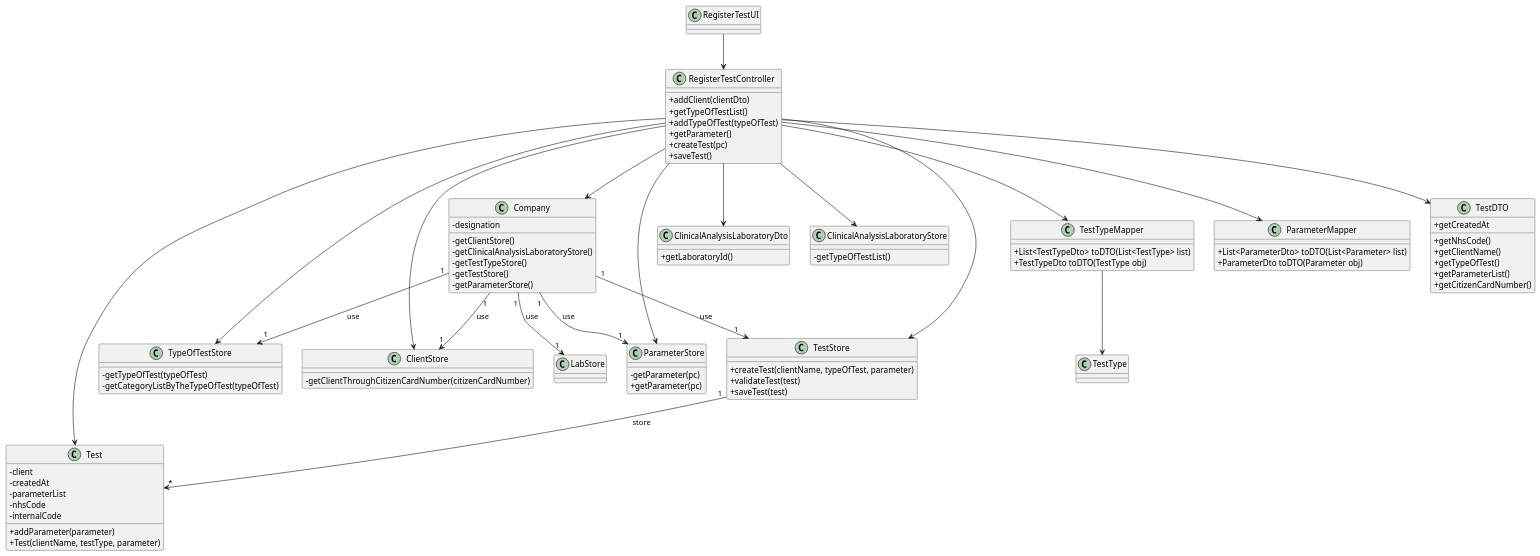
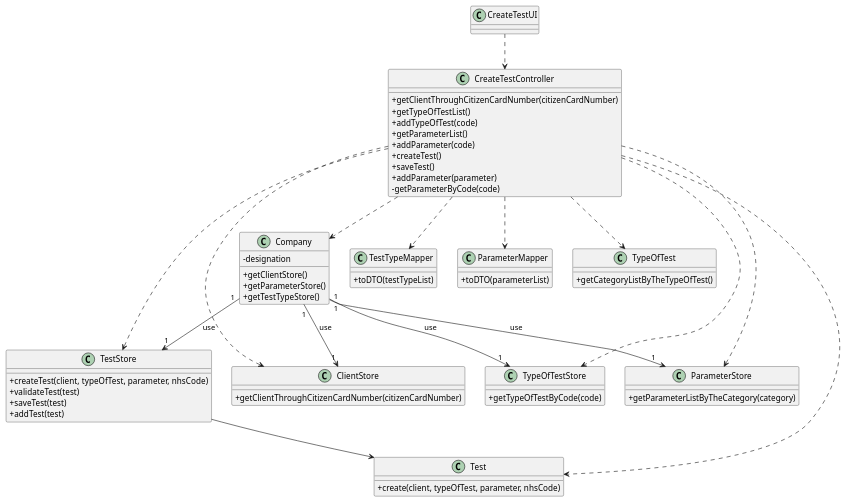
Before and after one commit to GuilhermeCunha79/lapr2: the diagram in docs/SprintC/US4/UC4_CD.puml, drawn with PlantUML. The commit also changed 5 other files, not shown here.

```diff
--- a/docs/SprintC/US4/UC4_CD.puml
+++ b/docs/SprintC/US4/UC4_CD.puml
@@ -1,124 +1,93 @@
 @startuml
 skinparam classAttributeIconSize 0
 
 
-class RegisterTestUI {
-}
-
-
-class Test {
-- client
-- createdAt
-- parameterList
-- nhsCode
-- internalCode
-+ addParameter(parameter)
-+ Test(clientName, testType, parameter)
-}
-
-
-class ParameterStore {
-- getParameter(pc)
- }
-
-
-class TypeOfTestStore {
-- getTypeOfTest(typeOfTest)
-- getCategoryListByTheTypeOfTest(typeOfTest)
+class CreateTestUI {
 }
 
 
 class ClientStore {
-- getClientThroughCitizenCardNumber(citizenCardNumber)
++ getClientThroughCitizenCardNumber(citizenCardNumber)
 }
 
 
 class Company {
 - designation
-- getClientStore()
-- getClinicalAnalysisLaboratoryStore()
-- getTestTypeStore()
-- getTestStore()
-- getParameterStore()
-}
-
-class ClinicalAnalysisLaboratoryDto {
-+ getLaboratoryId()
++ getClientStore()
++ getParameterStore()
++ getTestTypeStore()
 }
 
 
-class ClinicalAnalysisLaboratoryStore {
-- getTypeOfTestList()
-}
 
-
-class RegisterTestController {
-  + addClient(clientDto)
+class CreateTestController {
+  + getClientThroughCitizenCardNumber(citizenCardNumber)
   + getTypeOfTestList()
-  + addTypeOfTest(typeOfTest)
-  + getParameter()
-  + createTest(pc)
+  + addTypeOfTest(code)
+  + getParameterList()
+  + addParameter(code)
+  + createTest()
   + saveTest()
+  + addParameter(parameter)
+  - getParameterByCode(code)
 }
 
 
 class TestStore {
-    + createTest(clientName, typeOfTest, parameter)
+    + createTest(client, typeOfTest, parameter, nhsCode)
     + validateTest(test)
     + saveTest(test)
+    + addTest(test)
 }
 
 class TestTypeMapper {
-  + List<TestTypeDto> toDTO(List<TestType> list)
-  + TestTypeDto toDTO(TestType obj)
+    +toDTO(testTypeList)
 }
 
 class ParameterMapper {
-  + List<ParameterDto> toDTO(List<Parameter> list)
-  + ParameterDto toDTO(Parameter obj)
+  +toDTO(parameterList)
+}
+
+
+class TypeOfTest {
+  + getCategoryListByTheTypeOfTest()
+}
+
+class TypeOfTestStore {
+  + getTypeOfTestByCode(code)
 }
 
 
 class ParameterStore {
- + getParameter(pc)
+  + getParameterListByTheCategory(category)
+}
+
+class Test {
+  + create(client, typeOfTest, parameter, nhsCode)
 }
 
 
-class TestDTO {
- + getNhsCode()
- + getClientName()
- + getTypeOfTest()
- + getParameterList()
- + getCreatedAt
- + getCitizenCardNumber()
-}
 
-RegisterTestUI --> RegisterTestController
-RegisterTestController --> Company
+CreateTestUI ..> CreateTestController
 
-RegisterTestController --> ClientStore
-RegisterTestController --> Test
-RegisterTestController --> ParameterMapper
-RegisterTestController --> TestTypeMapper
-RegisterTestController --> ClinicalAnalysisLaboratoryStore
-RegisterTestController --> TestStore
-RegisterTestController --> TypeOfTestStore
-RegisterTestController --> TestDTO
-RegisterTestController --> ParameterStore
-RegisterTestController --> ClinicalAnalysisLaboratoryDto
+CreateTestController ..> Company
 
-TestTypeMapper --> TestType
-TestStore"1" --> "*"Test : store
-
-
-Company "1" --> "1" LabStore : use
-Company "1" --> "1" ParameterStore : use
+Company "1" --> "1" TestStore : use
 Company "1" --> "1" ClientStore : use
 Company "1" --> "1" TypeOfTestStore : use
-Company "1" --> "1" TestStore : use
+Company "1" --> "1" ParameterStore : use
 
+CreateTestController ..> Test
+CreateTestController ..> TestStore
+CreateTestController ..> TypeOfTestStore
+CreateTestController ..> ClientStore
+CreateTestController ..> ParameterStore
+CreateTestController ..> ParameterMapper
+CreateTestController ..> TypeOfTest
+CreateTestController ..> TestTypeMapper
 
+TestStore --> Test
 
 
 
 @enduml
```
